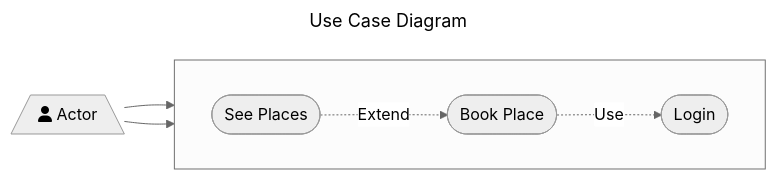
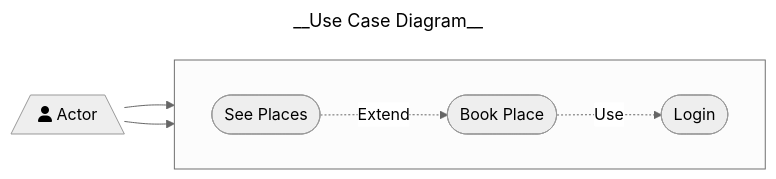
One commit to Kuziomkin/diagrams changed the third of 3 diagrams in mermaid_elements.md. Above: the diagram before and after it, drawn with Mermaid.

````diff
--- a/mermaid_elements.md
+++ b/mermaid_elements.md
@@ -50,25 +50,25 @@
 ```mermaid
 ---
-title: Use Case Diagram
+title: __Use Case Diagram__
 config:
   layout: dagre
   look: classic
   theme: neutral
 ---
     flowchart LR
         %% define components
         A[/fa:fa-user Actor\]
 
         subgraph " "
             direction LR
             L([Login])
             G([See Places])
             B([Book Place])
         end
 
         %% define relationships
         A --> L
         A --> G
         G -.Extend.-> B
         B -.Use.-> L
 ```
````
